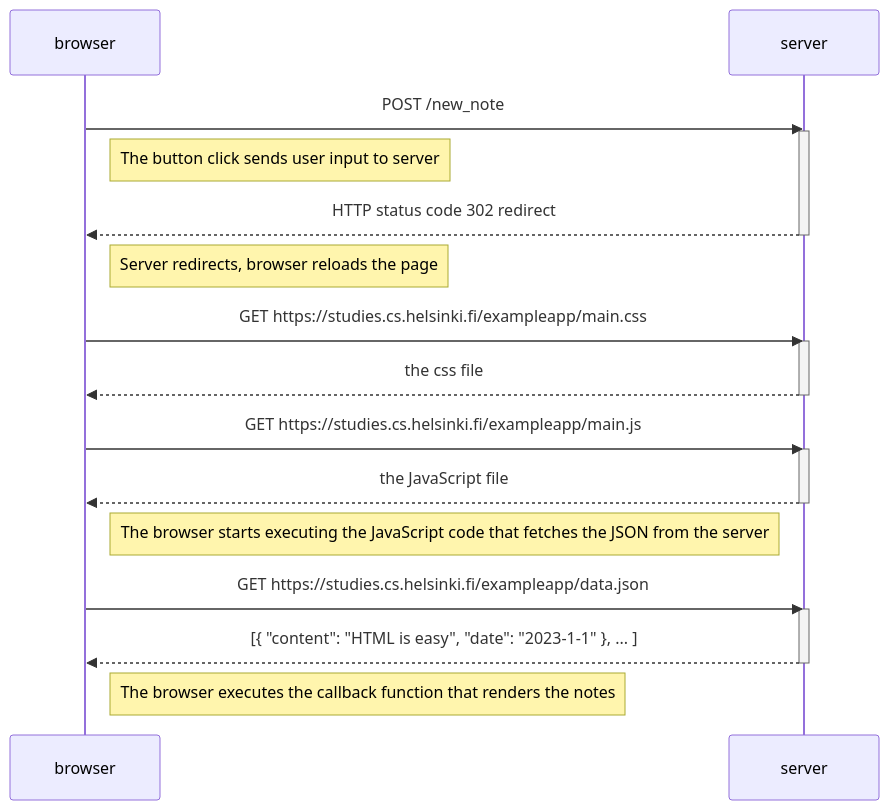
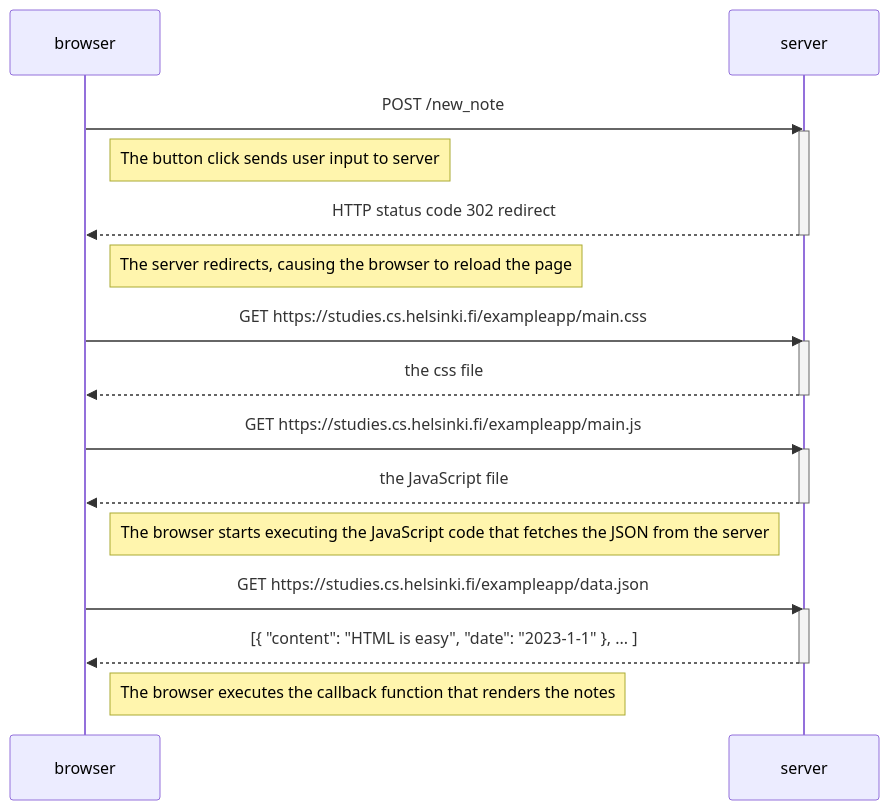
One commit to daniellandsman1/full-stack-open changed the diagram in part0/exercise-0.4.md. Above: the diagram before and after it, drawn with Mermaid.

````diff
--- a/part0/exercise-0.4.md
+++ b/part0/exercise-0.4.md
@@ -4,34 +4,34 @@
 ```mermaid
 sequenceDiagram
     participant browser
     participant server
 
     browser->>server: POST /new_note
     activate server
 
     Note right of browser: The button click sends user input to server
 
     server-->>browser: HTTP status code 302 redirect
     deactivate server
 
-    Note right of browser: Server redirects, browser reloads the page
+    Note right of browser: The server redirects, causing the browser to reload the page
 
     browser->>server: GET https://studies.cs.helsinki.fi/exampleapp/main.css
     activate server
     server-->>browser: the css file
     deactivate server
 
     browser->>server: GET https://studies.cs.helsinki.fi/exampleapp/main.js
     activate server
     server-->>browser: the JavaScript file
     deactivate server
 
     Note right of browser: The browser starts executing the JavaScript code that fetches the JSON from the server
 
     browser->>server: GET https://studies.cs.helsinki.fi/exampleapp/data.json
     activate server
     server-->>browser: [{ "content": "HTML is easy", "date": "2023-1-1" }, ... ]
     deactivate server
 
     Note right of browser: The browser executes the callback function that renders the notes
 ```
````
